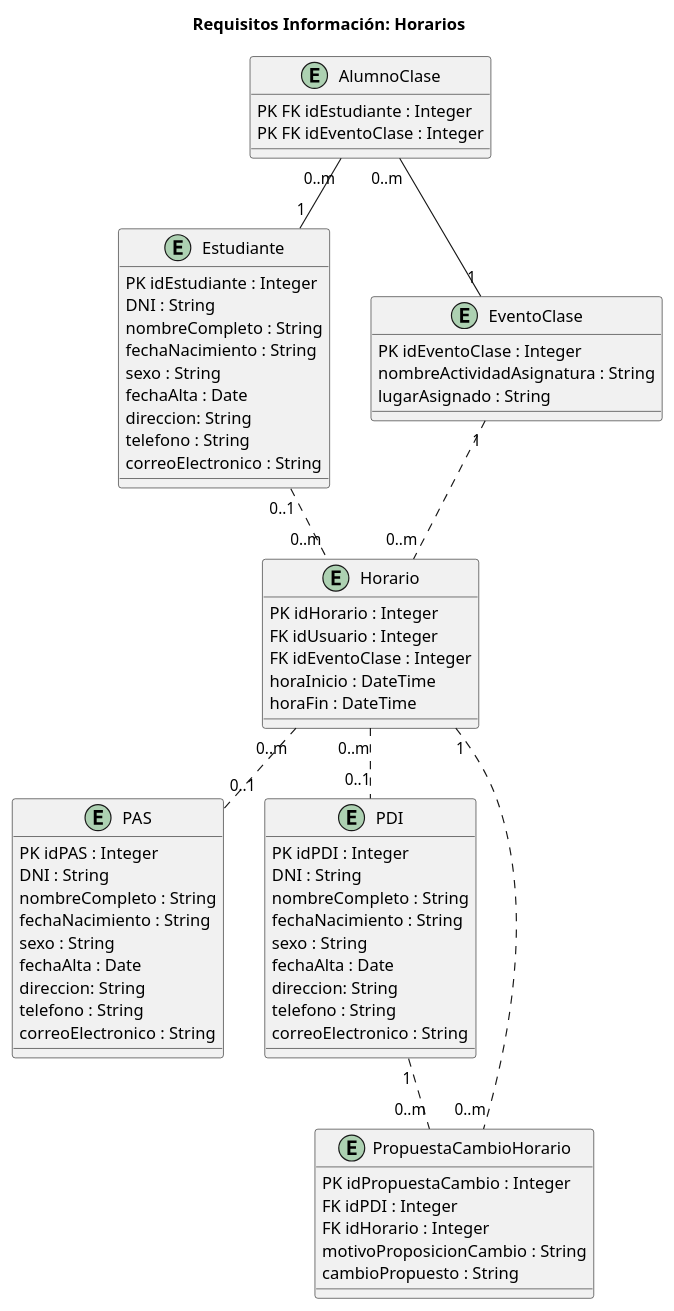
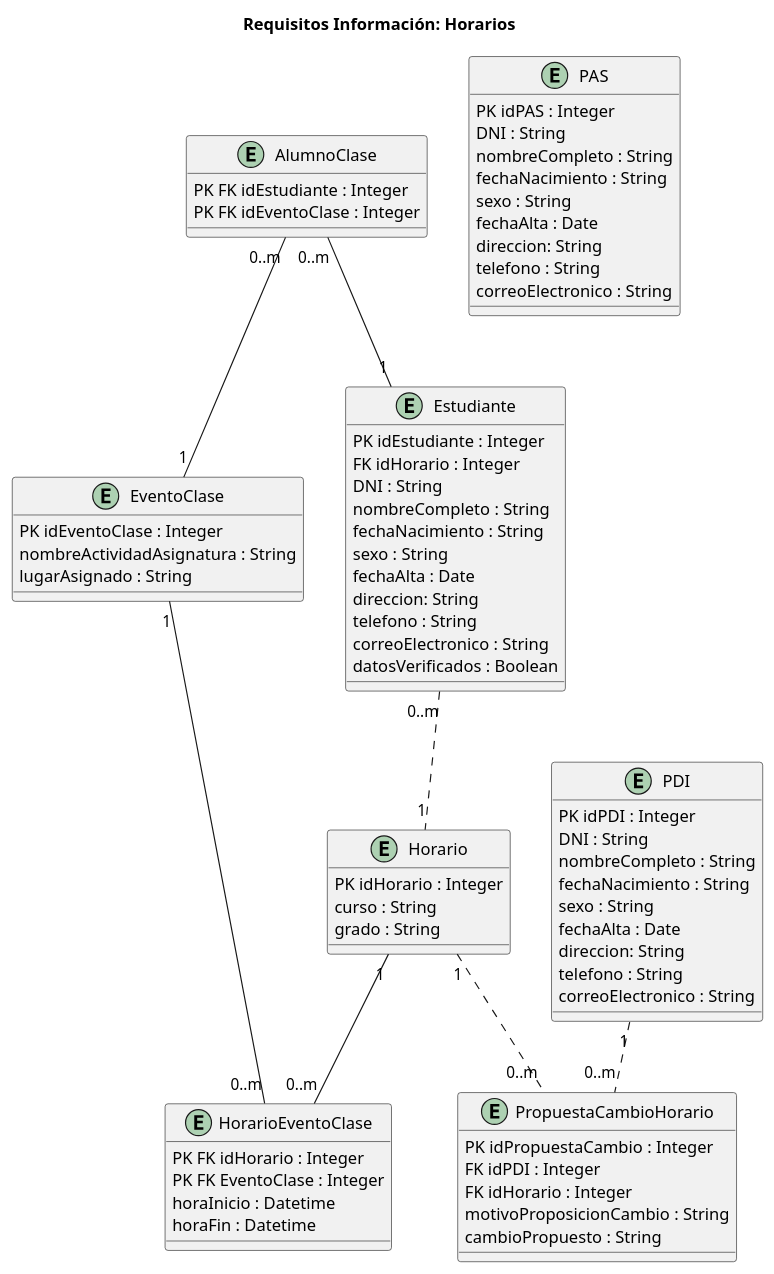
The diagram in LAB1/IRs_horarios.puml (emg842/INRE-UAL-ROJO-2022), drawn with PlantUML before and after one commit. The commit also changed 5 other files, not shown here.

Commit message:
correccion diagramas lab1

```diff
--- a/LAB1/IRs_horarios.puml
+++ b/LAB1/IRs_horarios.puml
@@ -1,76 +1,83 @@
 @startuml IRs_horarios
+
 title Requisitos Información: Horarios
 
 Entity AlumnoClase {
     PK FK idEstudiante : Integer
     PK FK idEventoClase : Integer
 }
 
 Entity Estudiante {
     PK idEstudiante : Integer
+    FK idHorario : Integer
     DNI : String
     nombreCompleto : String
     fechaNacimiento : String
     sexo : String
     fechaAlta : Date
     direccion: String
     telefono : String
     correoElectronico : String
+    datosVerificados : Boolean
 }
 
 Entity EventoClase {
     PK idEventoClase : Integer
     nombreActividadAsignatura : String
     lugarAsignado : String
 }
 
 Entity Horario {
     PK idHorario : Integer
-    FK idUsuario : Integer
-    FK idEventoClase : Integer
-    horaInicio : DateTime
-    horaFin : DateTime
+    curso : String
+    grado : String
+}
+
+Entity HorarioEventoClase {
+    PK FK idHorario : Integer
+    PK FK EventoClase : Integer
+    horaInicio : Datetime
+    horaFin : Datetime
 }
 
 Entity PAS {
     PK idPAS : Integer
     DNI : String
     nombreCompleto : String
     fechaNacimiento : String
     sexo : String
     fechaAlta : Date
     direccion: String
     telefono : String
     correoElectronico : String
 }
 
 Entity PDI {
     PK idPDI : Integer
     DNI : String
     nombreCompleto : String
     fechaNacimiento : String
     sexo : String
     fechaAlta : Date
     direccion: String
     telefono : String
     correoElectronico : String
 }
 
 Entity PropuestaCambioHorario {
     PK idPropuestaCambio : Integer
     FK idPDI : Integer
     FK idHorario : Integer
     motivoProposicionCambio : String
     cambioPropuesto : String
 }
 
 AlumnoClase "0..m" -- "1" Estudiante
 AlumnoClase "0..m" -- "1" EventoClase
-Estudiante "0..1" .. "0..m" Horario
-EventoClase "1" .. "0..m" Horario
-Horario "0..m" .. "0..1" PAS
-Horario "0..m" .. "0..1" PDI
+Estudiante "0..m" .. "1" Horario
+EventoClase "1" -- "0..m" HorarioEventoClase
+Horario "1" -- "0..m" HorarioEventoClase
 Horario "1" .. "0..m" PropuestaCambioHorario
 PDI "1" .. "0..m" PropuestaCambioHorario
 
 @enduml
```
